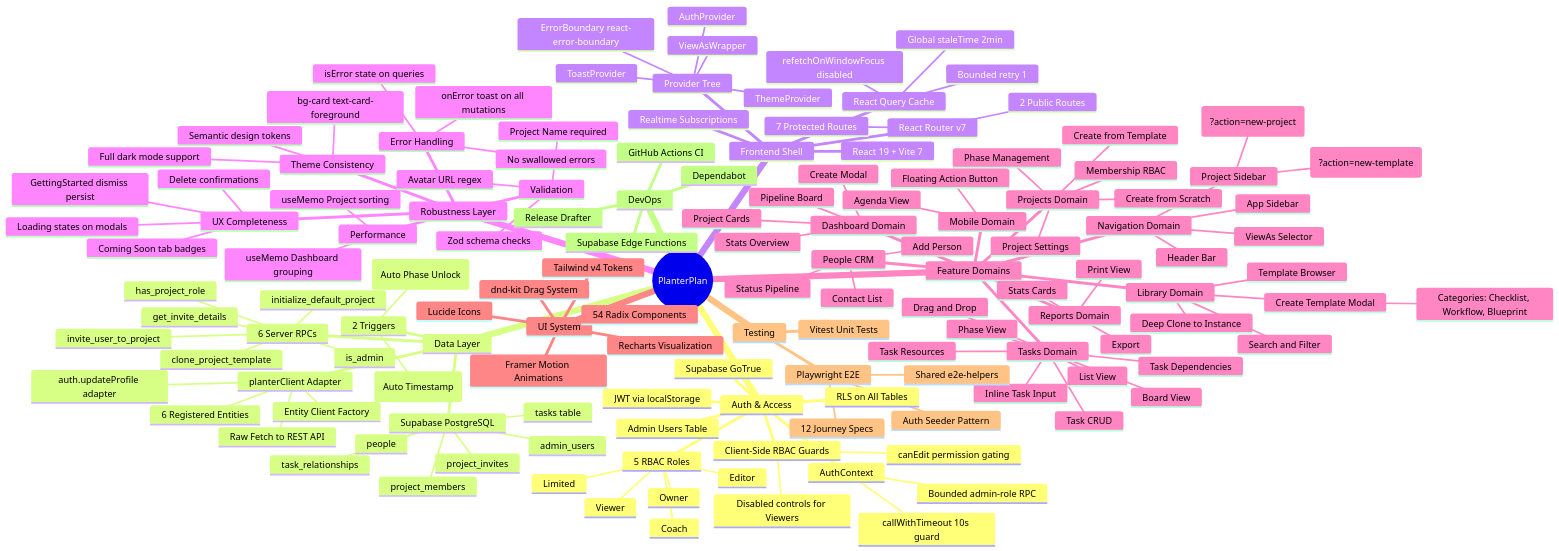
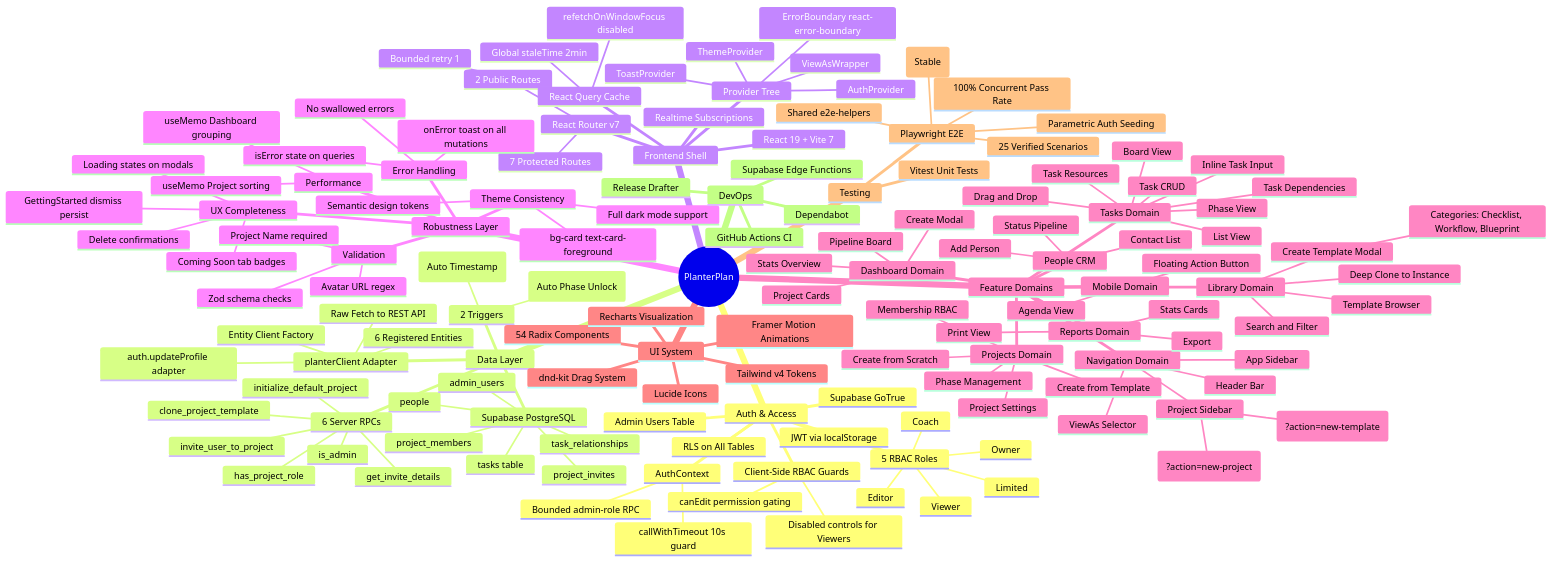
Before and after one commit to JoelA510/PlanterPlan-Alpha: the first of 10 diagrams in docs/PROJECT_MIND_MAP.md, drawn with Mermaid. The commit also changed other lines of this file and 34 other files, not shown here.

```diff
--- a/docs/PROJECT_MIND_MAP.md
+++ b/docs/PROJECT_MIND_MAP.md
@@ -232,8 +232,10 @@
     Testing
       Vitest Unit Tests
       Playwright E2E
-        12 Journey Specs
-        Auth Seeder Pattern
+        25 Verified Scenarios
+        12 Journey Specs (Stable)
+        Parametric Auth Seeding
+        100% Concurrent Pass Rate
         Shared e2e-helpers
     DevOps
       GitHub Actions CI
```
